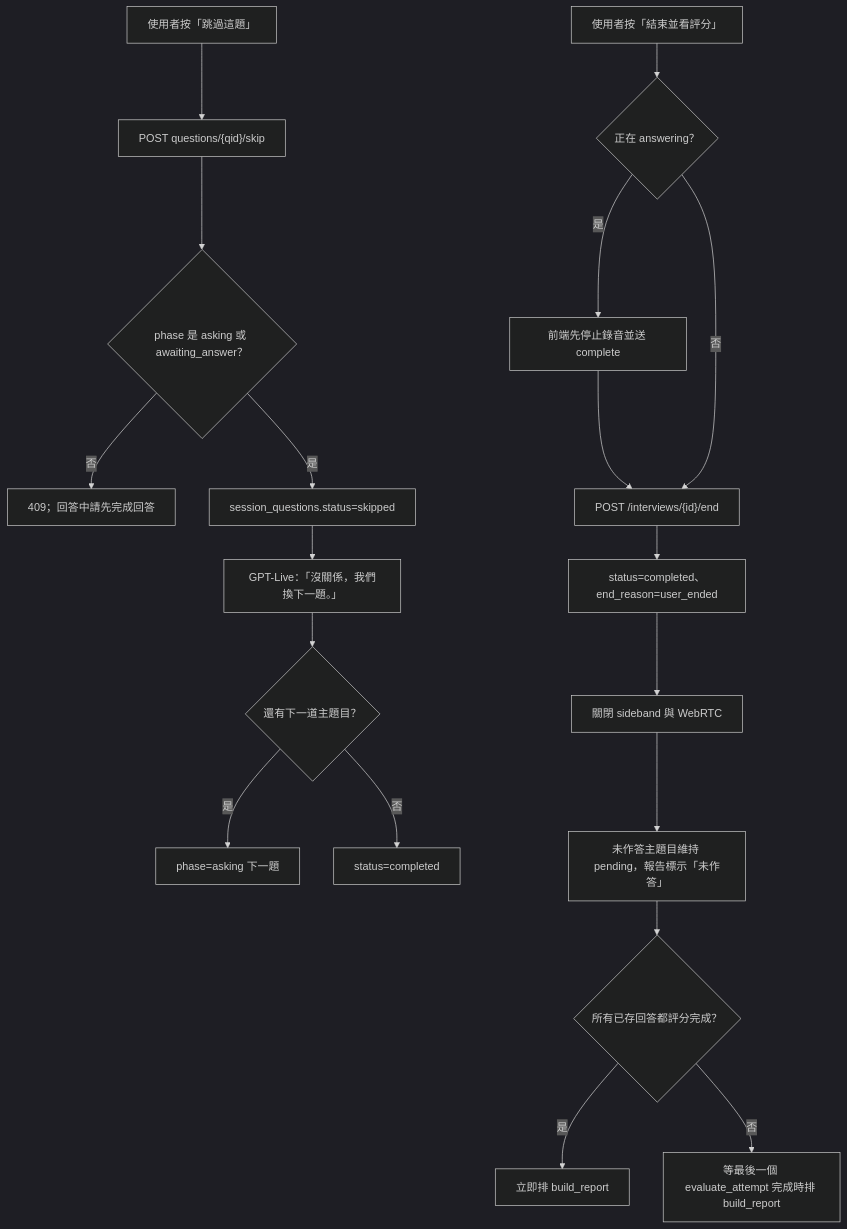
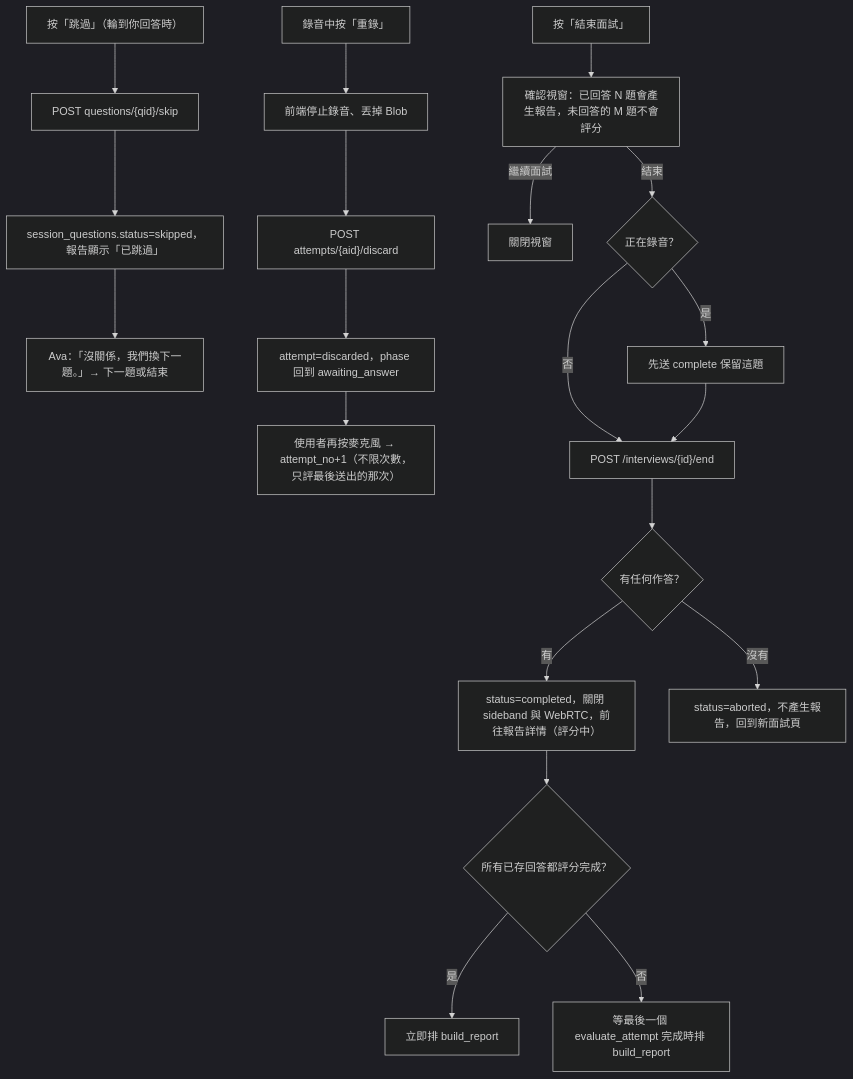
One commit to WilliamTsai1227/AI_Interview changed diagram 21 of 29 in spec/flows.md. Above: the diagram before and after it, drawn with Mermaid (dark theme). The commit also changed other lines of this file and 4 other files, not shown here.

````diff
--- a/spec/flows.md
+++ b/spec/flows.md
@@ -605,22 +656,24 @@
 ```mermaid
 flowchart TD
-    A["使用者按「跳過這題」"] --> B["POST questions/{qid}/skip"]
-    B --> C{"phase 是 asking 或 awaiting_answer？"}
-    C -- 否 --> C1["409；回答中請先完成回答"]
-    C -- 是 --> D["session_questions.status=skipped"]
-    D --> E["GPT-Live：「沒關係，我們換下一題。」"]
-    E --> F{"還有下一道主題目？"}
-    F -- 是 --> G["phase=asking 下一題"]
-    F -- 否 --> H["status=completed"]
+    A["按「跳過」（輪到你回答時）"] --> B["POST questions/{qid}/skip"]
+    B --> D["session_questions.status=skipped，報告顯示「已跳過」"]
+    D --> E["Ava：「沒關係，我們換下一題。」→ 下一題或結束"]
 
-    X["使用者按「結束並看評分」"] --> Y{"正在 answering？"}
-    Y -- 是 --> Y1["前端先停止錄音並送 complete"]
-    Y1 --> Z["POST /interviews/{id}/end"]
-    Y -- 否 --> Z
-    Z --> Z1["status=completed、end_reason=user_ended"]
-    Z1 --> Z2["關閉 sideband 與 WebRTC"]
-    Z2 --> Z3["未作答主題目維持 pending，報告標示「未作答」"]
-    Z3 --> Z4{"所有已存回答都評分完成？"}
-    Z4 -- 是 --> Z5["立即排 build_report"]
-    Z4 -- 否 --> Z6["等最後一個 evaluate_attempt 完成時排 build_report"]
+    R["錄音中按「重錄」"] --> R1["前端停止錄音、丟掉 Blob"]
+    R1 --> R2["POST attempts/{aid}/discard"]
+    R2 --> R3["attempt=discarded，phase 回到 awaiting_answer"]
+    R3 --> R4["使用者再按麥克風 → attempt_no+1（不限次數，只評最後送出的那次）"]
+
+    X["按「結束面試」"] --> Y["確認視窗：已回答 N 題會產生報告，未回答的 M 題不會評分"]
+    Y -- 繼續面試 --> Y0["關閉視窗"]
+    Y -- 結束 --> Z0{"正在錄音？"}
+    Z0 -- 是 --> Z1["先送 complete 保留這題"]
+    Z0 -- 否 --> Z
+    Z1 --> Z["POST /interviews/{id}/end"]
+    Z --> Z2{"有任何作答？"}
+    Z2 -- 有 --> Z3["status=completed，關閉 sideband 與 WebRTC，前往報告詳情（評分中）"]
+    Z2 -- 沒有 --> Z4["status=aborted，不產生報告，回到新面試頁"]
+    Z3 --> Z5{"所有已存回答都評分完成？"}
+    Z5 -- 是 --> Z6["立即排 build_report"]
+    Z5 -- 否 --> Z7["等最後一個 evaluate_attempt 完成時排 build_report"]
 ```
````
